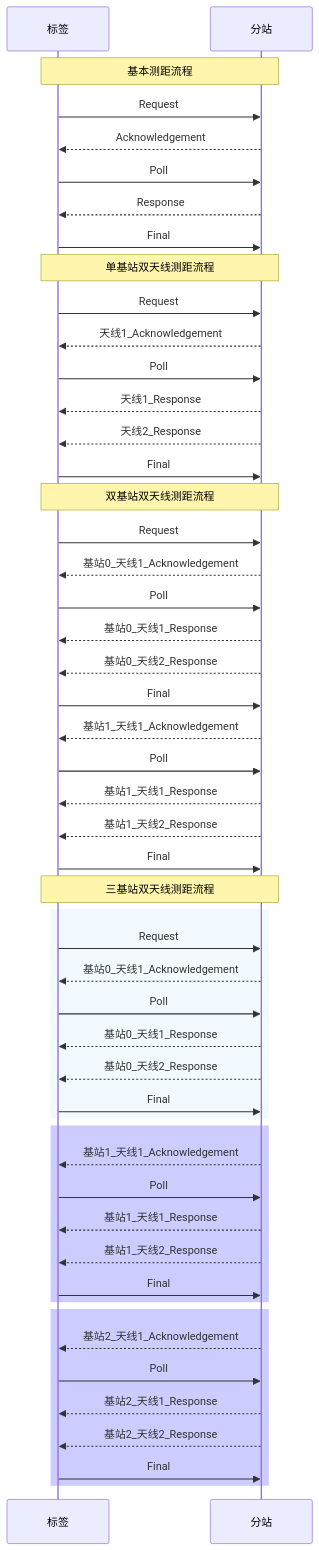
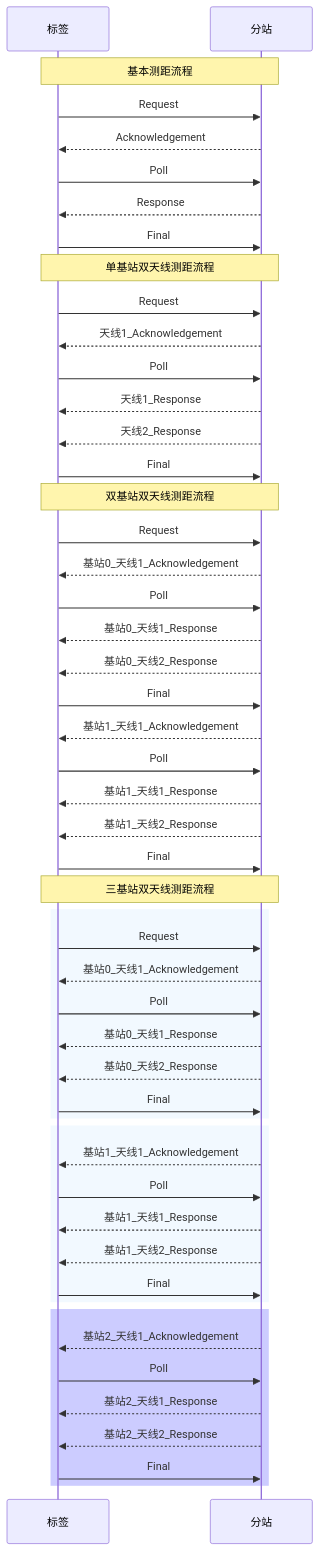
The diagram in all/未命名.md (geek-zhao/iodraw-files), drawn with Mermaid before and after one commit.

Commit message:
2024-08-17 14:20:51 update

````diff
--- a/all/未命名.md
+++ b/all/未命名.md
@@ -1,57 +1,57 @@
 ```mermaid
 sequenceDiagram
     participant tag as 标签
     participant anchor as 分站
 
     Note over tag,anchor: 基本测距流程
     tag->>anchor: Request
     anchor-->>tag: Acknowledgement
     tag->>anchor: Poll
     anchor-->>tag: Response
     tag->>anchor: Final       
 
     Note over tag,anchor: 单基站双天线测距流程
     tag->>anchor: Request
     anchor-->>tag: 天线1_Acknowledgement
     tag->>anchor: Poll
     anchor-->>tag: 天线1_Response 
     anchor-->>tag: 天线2_Response
     tag->>anchor: Final   
 
     Note over tag,anchor: 双基站双天线测距流程
     tag->>anchor: Request
     anchor-->>tag: 基站0_天线1_Acknowledgement
     tag->>anchor: Poll
     anchor-->>tag: 基站0_天线1_Response 
     anchor-->>tag: 基站0_天线2_Response
     tag->>anchor: Final   
     anchor-->>tag: 基站1_天线1_Acknowledgement
     tag->>anchor: Poll
     anchor-->>tag: 基站1_天线1_Response 
     anchor-->>tag: 基站1_天线2_Response
     tag->>anchor: Final   
 
     Note over tag,anchor: 三基站双天线测距流程
     rect rgba(191, 223, 255, .2)
     tag->>anchor: Request
     anchor-->>tag: 基站0_天线1_Acknowledgement
     tag->>anchor: Poll
     anchor-->>tag: 基站0_天线1_Response 
     anchor-->>tag: 基站0_天线2_Response
     tag->>anchor: Final   
     end
-    rect rgba(0, 0, 255, .2)
+    rect rgba(191, 223, 255, .2)
     anchor-->>tag: 基站1_天线1_Acknowledgement
     tag->>anchor: Poll
     anchor-->>tag: 基站1_天线1_Response 
     anchor-->>tag: 基站1_天线2_Response
     tag->>anchor: Final   
     end
     rect rgba(0, 0, 255, .2)
     anchor-->>tag: 基站2_天线1_Acknowledgement
     tag->>anchor: Poll
     anchor-->>tag: 基站2_天线1_Response 
     anchor-->>tag: 基站2_天线2_Response
     tag->>anchor: Final   
     end
 ```
````
